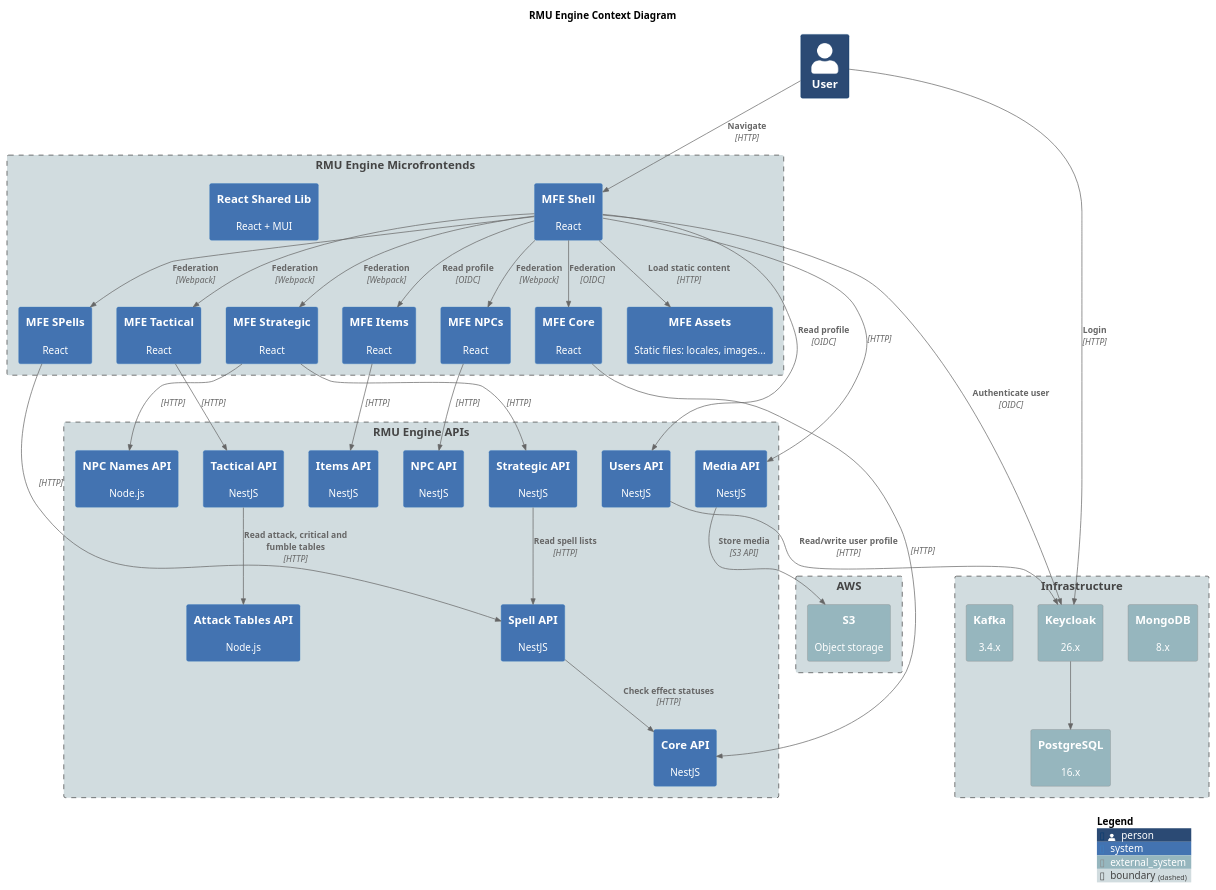
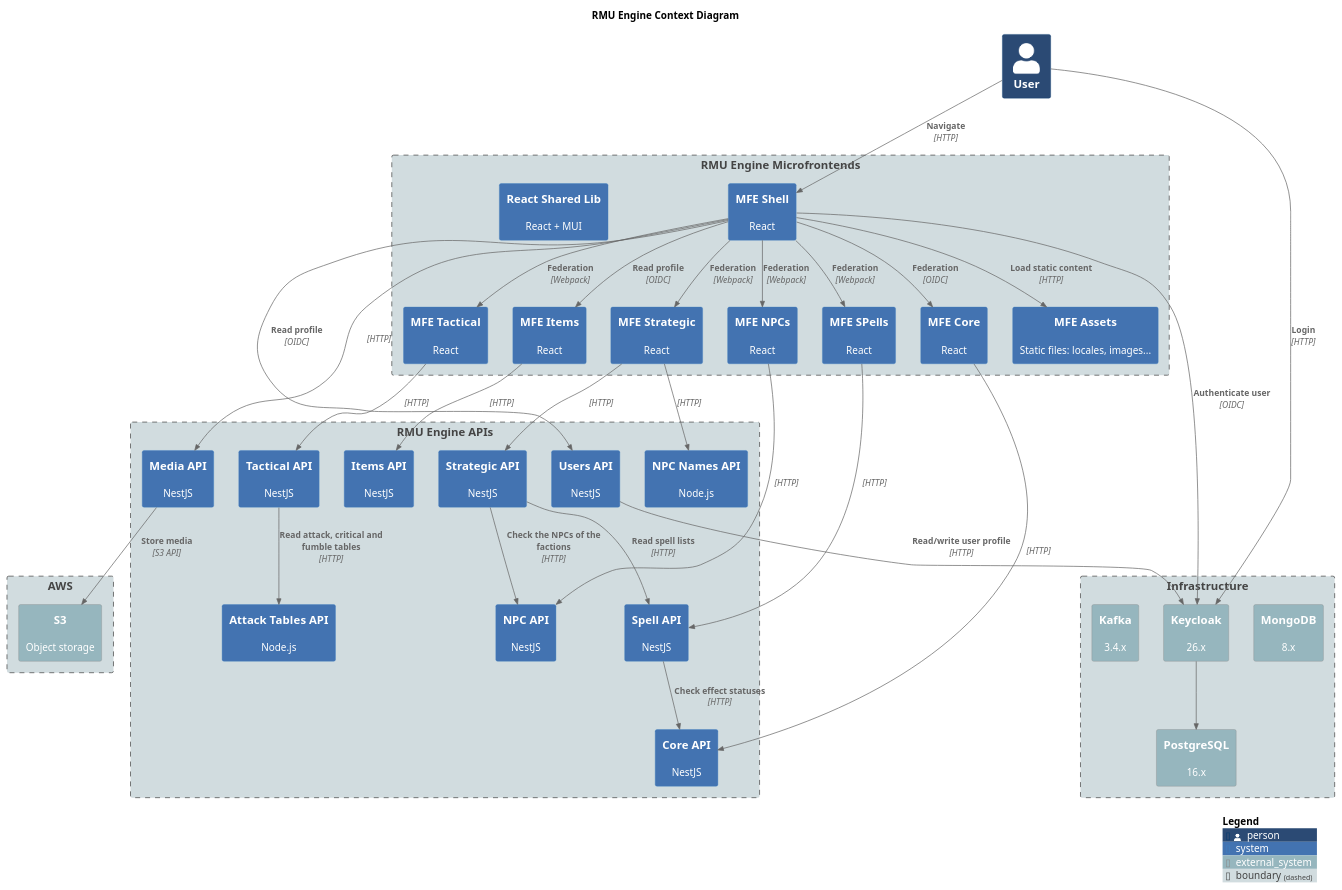
Before and after one commit to labcabrera/rmu-platform: the diagram in docs/architecture/diagrams/c4-context.plantuml, drawn with PlantUML. The commit also changed 3 other files, not shown here.

First line of the commit message:
feat: realm generic migration and npcs uri for strategic (spec 055)

```diff
--- a/docs/architecture/diagrams/c4-context.plantuml
+++ b/docs/architecture/diagrams/c4-context.plantuml
@@ -1,93 +1,94 @@
 @startuml c4-context
 title RMU Engine Context Diagram
 
 !include https://raw.githubusercontent.com/plantuml-stdlib/C4-PlantUML/master/C4_Context.puml
 
 ' LAYOUT_LEFT_RIGHT()
 
 UpdateElementStyle(person, $bgColor="#2b4a74ff")
 UpdateElementStyle(system, $bgColor="#4373b1ff")
 UpdateElementStyle(external_system, $bgColor="#96b6beff")
 UpdateElementStyle(boundary, $bgColor="#d1dcdfff")
 
 Person(user, "User")
 
 Boundary(frontend, "RMU Engine Microfrontends") {
     System(rmu_mfe_shell, "MFE Shell", "React")
     System(rmu_mfe_core, "MFE Core", "React")
     System(rmu_mfe_strategic, "MFE Strategic", "React")
     System(rmu_mfe_tactical, "MFE Tactical", "React")
     System(rmu_mfe_items, "MFE Items", "React")
     System(rmu_mfe_npc, "MFE NPCs", "React")
     System(rmu_mfe_spells, "MFE SPells", "React")
     System(rmu_react_shared_lib, "React Shared Lib", "React + MUI")
     System(rmu_mfe_assets, "MFE Assets", "Static files: locales, images...")
 }
 
 Boundary(apis, "RMU Engine APIs") {
     System(rmu_api_users, "Users API", "NestJS")
     System(rmu_api_core, "Core API", "NestJS")
     System(rmu_api_strategic, "Strategic API", "NestJS")
     System(rmu_api_tactical, "Tactical API", "NestJS")
     System(rmu_api_npc, "NPC API", "NestJS")
     System(rmu_api_npc_names, "NPC Names API", "Node.js")
     System(rmu_api_spells, "Spell API", "NestJS")
     System(rmu_api_items, "Items API", "NestJS")
     System(rmu_api_attack_tables, "Attack Tables API", "Node.js")
     System(rmu_api_media, "Media API", "NestJS")
 }
 
 Boundary(infrastructure, "Infrastructure") {
     System_Ext(mongodb, "MongoDB", "8.x")
     System_Ext(keycloak, "Keycloak", "26.x")
     System_Ext(kafka, "Kafka", "3.4.x")
     System_Ext(postgresql, "PostgreSQL", "16.x")
 }
 
 Boundary(aws, "AWS") {
     System_Ext(s3, "S3", "Object storage")
 }
 
 Rel(user, rmu_mfe_shell, "Navigate", "HTTP")
 Rel(user, keycloak, "Login", "HTTP")
 
 Rel(rmu_mfe_shell, rmu_mfe_core, "Federation", "OIDC")
 Rel(rmu_mfe_shell, rmu_mfe_strategic, "Federation", "Webpack")
 Rel(rmu_mfe_shell, rmu_mfe_tactical, "Federation", "Webpack")
 Rel(rmu_mfe_shell, rmu_mfe_items, "Read profile", "OIDC")
 Rel(rmu_mfe_shell, rmu_mfe_npc, "Federation", "Webpack")
 Rel(rmu_mfe_shell, rmu_mfe_spells, "Federation", "Webpack")
 
 Rel(rmu_mfe_shell, rmu_api_users, "Read profile", "OIDC")
 Rel(rmu_mfe_shell, keycloak, "Authenticate user", "OIDC")
 Rel(rmu_mfe_shell, rmu_mfe_assets, "Load static content", "HTTP")
 Rel(rmu_mfe_shell, rmu_api_media, "", "HTTP")
 
 Rel(rmu_mfe_core, rmu_api_core, "", "HTTP")
 
 Rel(rmu_mfe_strategic, rmu_api_strategic, "", "HTTP")
 Rel(rmu_mfe_strategic, rmu_api_npc_names, "", "HTTP")
 
 Rel(rmu_mfe_tactical, rmu_api_tactical, "", "HTTP")
 
 Rel(rmu_api_users, keycloak, "Read/write user profile", "HTTP")
 
 Rel(rmu_mfe_npc, rmu_api_npc, "", "HTTP")
 
 Rel(rmu_mfe_items, rmu_api_items, "", "HTTP")
 
 Rel(rmu_mfe_spells, rmu_api_spells, "", "HTTP")
 
 Rel(rmu_api_tactical, rmu_api_attack_tables, "Read attack, critical and fumble tables", "HTTP")
 Rel(rmu_api_spells, rmu_api_core, "Check effect statuses", "HTTP")
 Rel(rmu_api_strategic, rmu_api_spells, "Read spell lists", "HTTP")
+Rel(rmu_api_strategic, rmu_api_npc, "Check the NPCs of the factions", "HTTP")
 
 ' Attack API: no longer called by tactical since the combat plugin refactor (workspace spec 003).
 
 Rel(keycloak, postgresql, "", "")
 
 Rel(rmu_api_media, s3, "Store media", "S3 API")
 
 SHOW_LEGEND()
 
 @enduml
```
